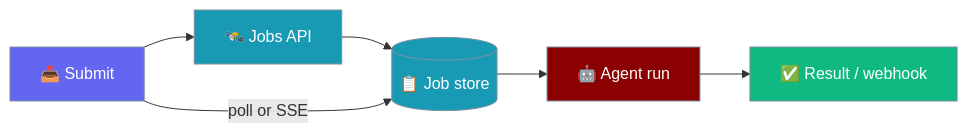
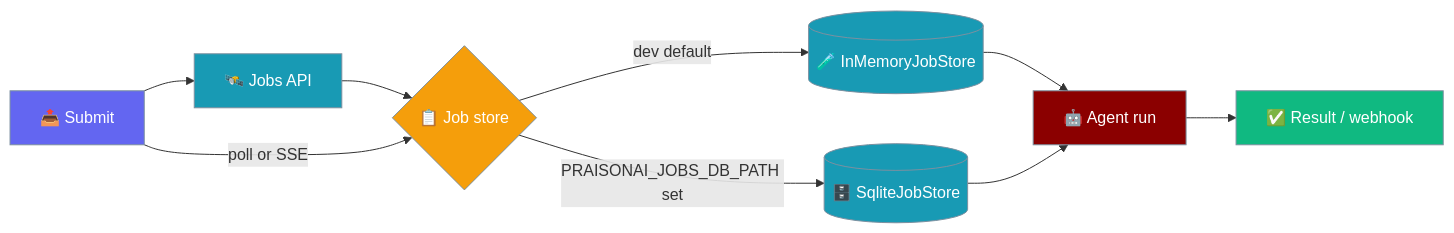
The first of 6 diagrams in docs/features/async-jobs.mdx (MervinPraison/PraisonAIDocs), drawn with Mermaid before and after one commit. The commit also changed other lines of this file and 7 other files, not shown here.

Commit message:
docs: cover wrapper security hardening — persistent job store, auto-gen shell-tool gate, safe-edit symlink guard (fixes #2950)

````diff
--- a/docs/features/async-jobs.mdx
+++ b/docs/features/async-jobs.mdx
@@ -27,18 +27,23 @@
 ```mermaid
 graph LR
     Client[📤 Submit] --> API[🛰️ Jobs API]
-    API --> Queue[(📋 Job store)]
-    Queue --> Worker[🤖 Agent run]
+    API --> Store{📋 Job store}
+    Store -->|dev default| Mem[(🧪 InMemoryJobStore)]
+    Store -->|PRAISONAI_JOBS_DB_PATH set| SQL[(🗄️ SqliteJobStore)]
+    Mem --> Worker[🤖 Agent run]
+    SQL --> Worker
     Worker --> Result[✅ Result / webhook]
-    Client -->|poll or SSE| Queue
+    Client -->|poll or SSE| Store
 
     classDef agent fill:#8B0000,stroke:#7C90A0,color:#fff
     classDef tool fill:#189AB4,stroke:#7C90A0,color:#fff
     classDef ok fill:#10B981,stroke:#7C90A0,color:#fff
     classDef input fill:#6366F1,stroke:#7C90A0,color:#fff
+    classDef warn fill:#F59E0B,stroke:#7C90A0,color:#fff
     class Worker agent
-    class API,Queue tool
+    class API,Mem,SQL tool
+    class Store warn
     class Result ok
     class Client input
 
 ```
````
